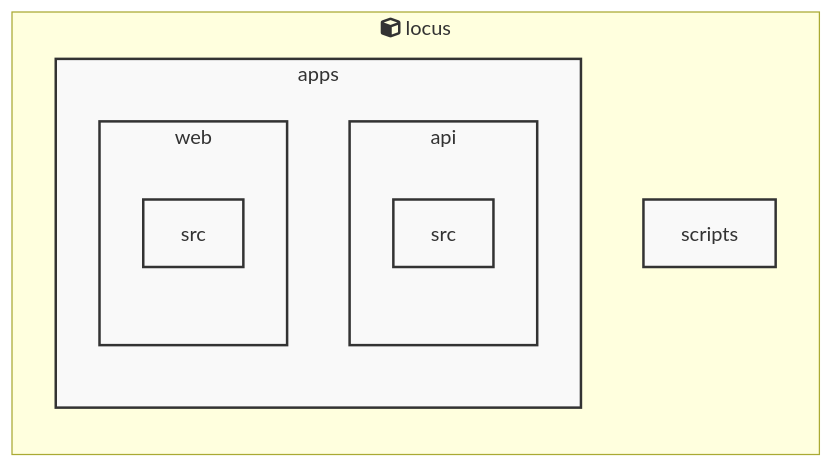
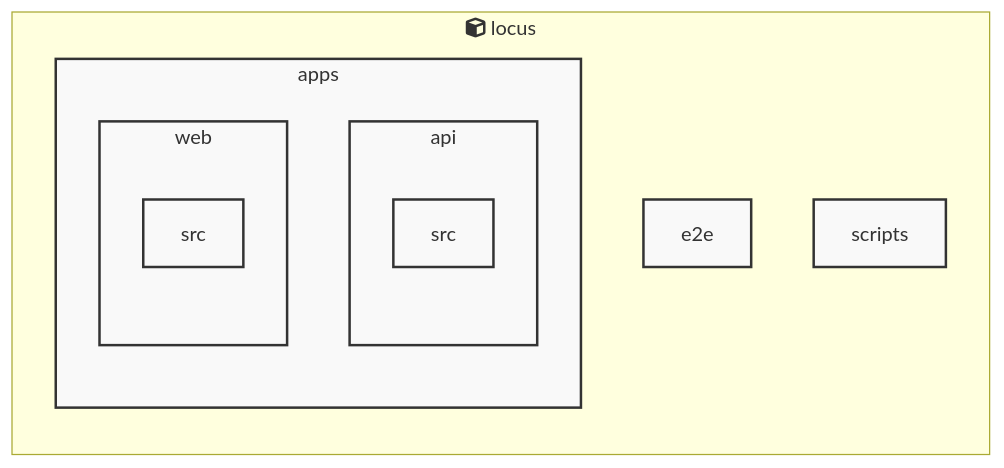
One commit to shiohamu/Locus changed the diagram in docs/architecture/architecture.mmd. Above: the diagram before and after it, drawn with Mermaid. The commit also changed 108 other files, not shown here.

```diff
--- a/docs/architecture/architecture.mmd
+++ b/docs/architecture/architecture.mmd
@@ -1,27 +1,28 @@
 graph TB
     %% Auto-generated architecture diagram
 
     subgraph locus [fa:fa-cube locus]
         direction TB
         subgraph apps [apps]
             direction TB
             subgraph apps_api [api]
                 direction TB
                 apps_api_src["src"]:::moduleStyle
             end
             class apps_api moduleStyle
             subgraph apps_web [web]
                 direction TB
                 apps_web_src["src"]:::moduleStyle
             end
             class apps_web moduleStyle
         end
         class apps moduleStyle
+        e2e["e2e"]:::moduleStyle
         scripts["scripts"]:::moduleStyle
     end
 
 
     classDef pythonStyle fill:#3776ab,stroke:#ffd43b,stroke-width:2px,color:#fff
     classDef dockerStyle fill:#2496ed,stroke:#1d63ed,stroke-width:2px,color:#fff
     classDef dbStyle fill:#336791,stroke:#6b9cd6,stroke-width:2px,color:#fff
     classDef moduleStyle fill:#f9f9f9,stroke:#333,stroke-width:2px
```
